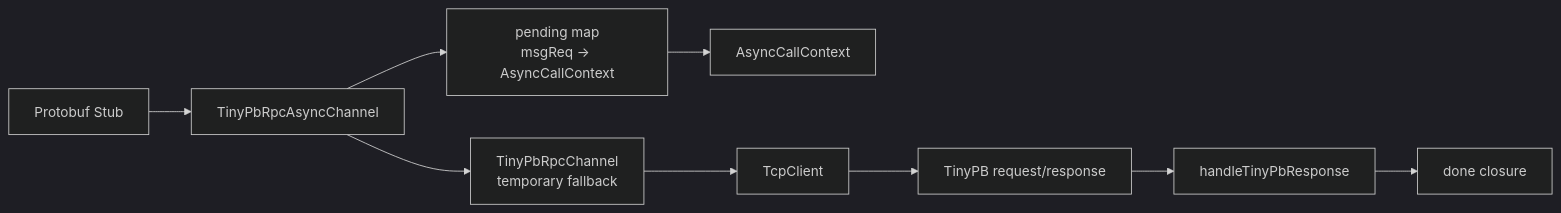
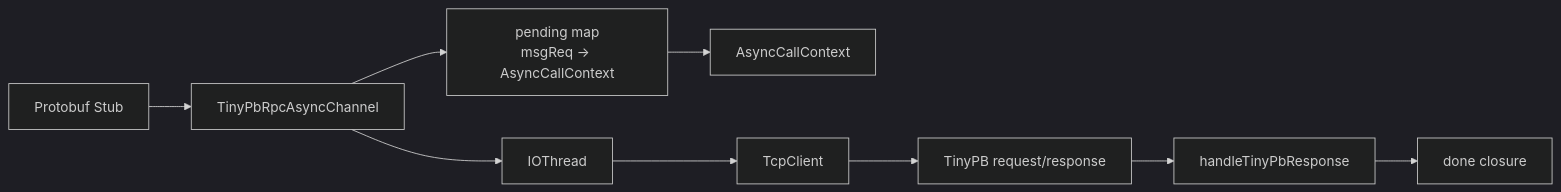
The diagram in docs/stage-15.md (echo9923/rpc), drawn with Mermaid (dark theme) before and after one commit. The commit also changed other lines of this file and 4 other files, not shown here.

````diff
--- a/docs/stage-15.md
+++ b/docs/stage-15.md
@@ -30,11 +42,11 @@
 ```mermaid
 flowchart LR
     Stub["Protobuf Stub"] --> AsyncChannel["TinyPbRpcAsyncChannel"]
     AsyncChannel --> Pending["pending map<br/>msgReq -> AsyncCallContext"]
     Pending --> Context["AsyncCallContext"]
-    AsyncChannel --> SyncChannel["TinyPbRpcChannel<br/>temporary fallback"]
-    SyncChannel --> TcpClient["TcpClient"]
+    AsyncChannel --> IOThread["IOThread"]
+    IOThread --> TcpClient["TcpClient"]
     TcpClient --> TinyPB["TinyPB request/response"]
     TinyPB --> Handle["handleTinyPbResponse"]
     Handle --> Done["done closure"]
 ```
````
